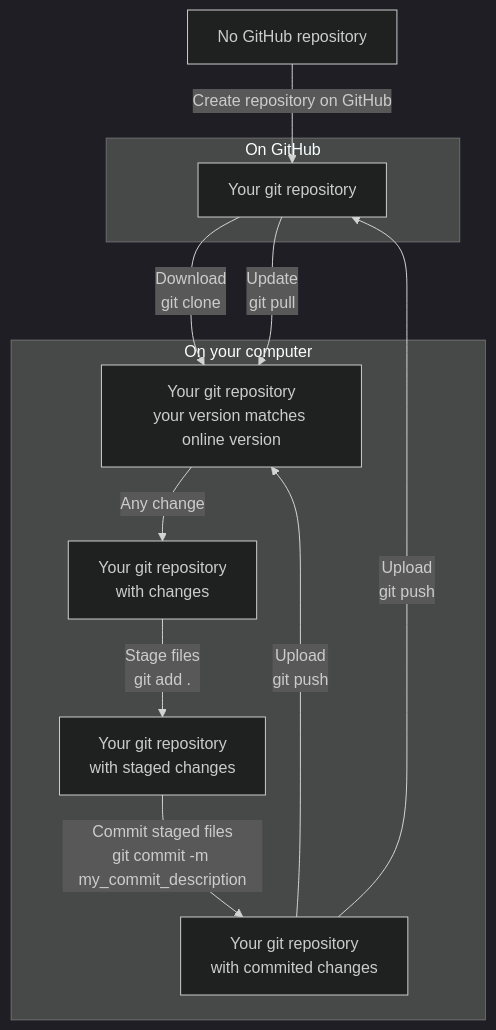
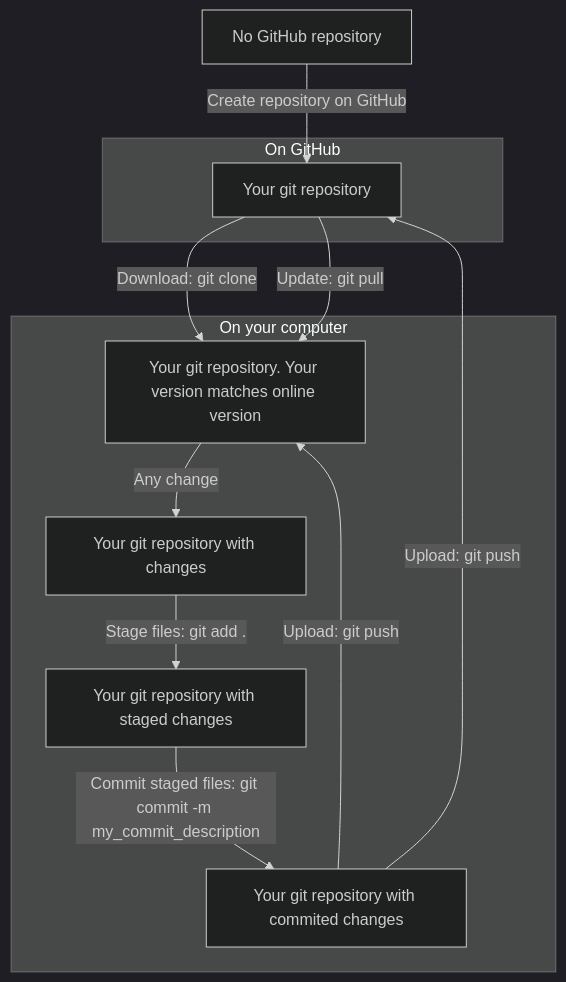
One commit to UPPMAX/programming_formalisms changed the first of 2 diagrams in docs/misc/git_workflow.md. Above: the diagram before and after it, drawn with Mermaid (dark theme). The commit also changed other lines of this file and 4 other files, not shown here.

````diff
--- a/docs/misc/git_workflow.md
+++ b/docs/misc/git_workflow.md
@@ -5,24 +5,24 @@
 ```mermaid
 flowchart TD
   no_repo[No GitHub repository]
   subgraph on_github[On GitHub]
     github[Your git repository]
   end
   subgraph on_computer[On your computer]
-    clean[Your git repository\nyour version matches online version]
-    changed[Your git repository\nwith changes]
-    staged[Your git repository\nwith staged changes]
-    committed[Your git repository\nwith commited changes]
+    clean[Your git repository. Your version matches online version]
+    changed[Your git repository with changes]
+    staged[Your git repository with staged changes]
+    committed[Your git repository with commited changes]
   end
 
   no_repo --> |Create repository on GitHub|github
-  github --> |Download\ngit clone| clean
-  github --> |Update\ngit pull| clean
+  github --> |Download: git clone| clean
+  github --> |Update: git pull| clean
 
 
   clean --> |Any change|changed
-  changed --> |Stage files\ngit add .|staged
-  staged --> |Commit staged files\ngit commit -m my_commit_description| committed
-  committed ---> |Upload\ngit push| clean
-  committed --> |Upload\ngit push| github  
+  changed --> |Stage files: git add .|staged
+  staged --> |Commit staged files: git commit -m my_commit_description| committed
+  committed ---> |Upload: git push| clean
+  committed --> |Upload: git push| github  
 ```
````
